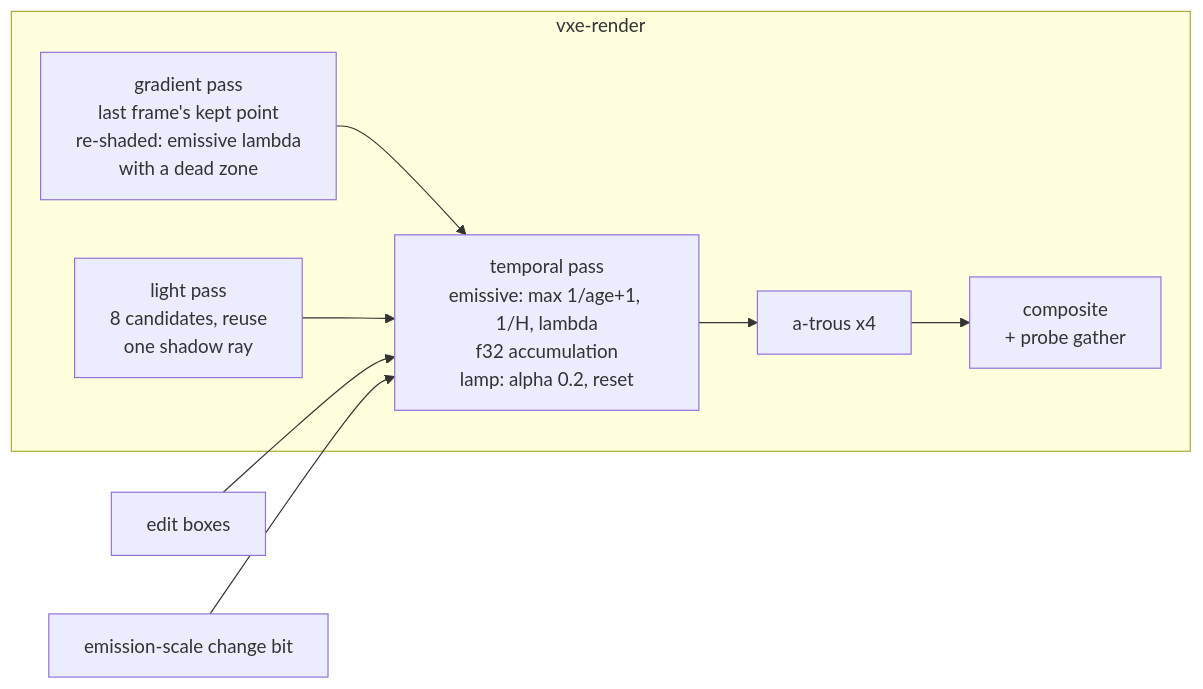
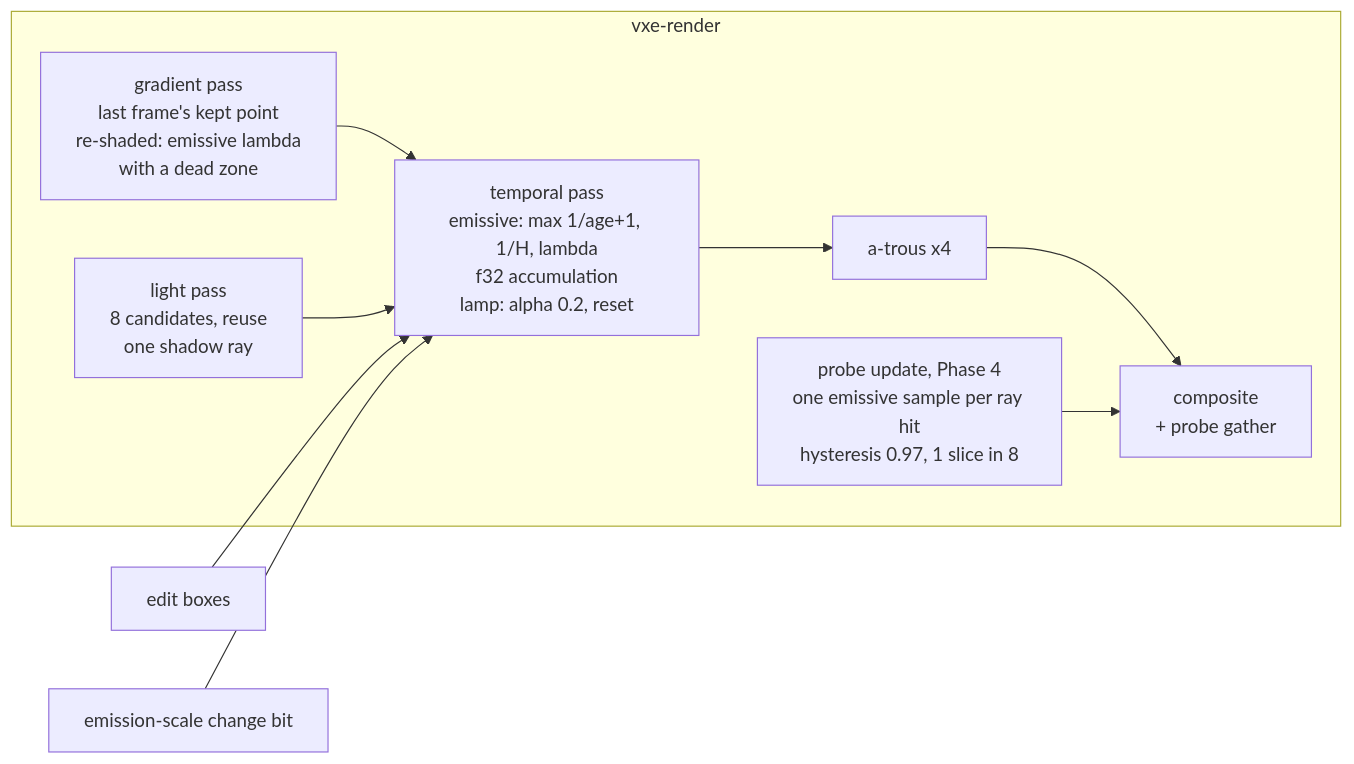
Before and after one commit to IgorKonovalov/voxel-engine: the diagram in docs/plans/0047-emissive-light-holds-still-long-guarded-history.md, drawn with Mermaid. The commit also changed other lines of this file and 2 other files, not shown here.

First line of the commit message:
docs(plans): amend plan 0047 with a probe gather phase before the bar

````diff
--- a/docs/plans/0047-emissive-light-holds-still-long-guarded-history.md
+++ b/docs/plans/0047-emissive-light-holds-still-long-guarded-history.md
@@ -126,11 +142,12 @@
 ```mermaid
 flowchart LR
     subgraph vxe-render
         G[gradient pass\nlast frame's kept point\nre-shaded: emissive lambda\nwith a dead zone] --> T
         L[light pass\n8 candidates, reuse\none shadow ray] --> T[temporal pass\nemissive: max 1/age+1, 1/H, lambda\nf32 accumulation\nlamp: alpha 0.2, reset]
         T --> A[a-trous x4]
         A --> C[composite\n+ probe gather]
+        P[probe update, Phase 4\none emissive sample per ray hit\nhysteresis 0.97, 1 slice in 8] --> C
     end
     E[edit boxes] --> T
     S[emission-scale change bit] --> T
 ```
````
